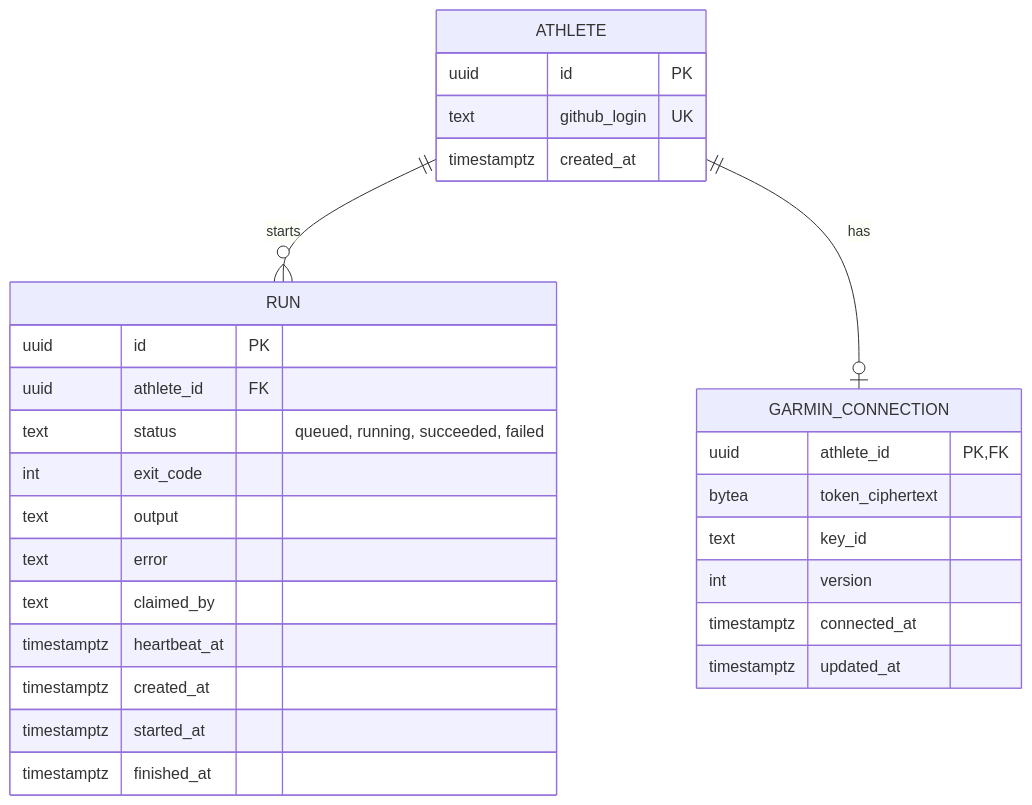
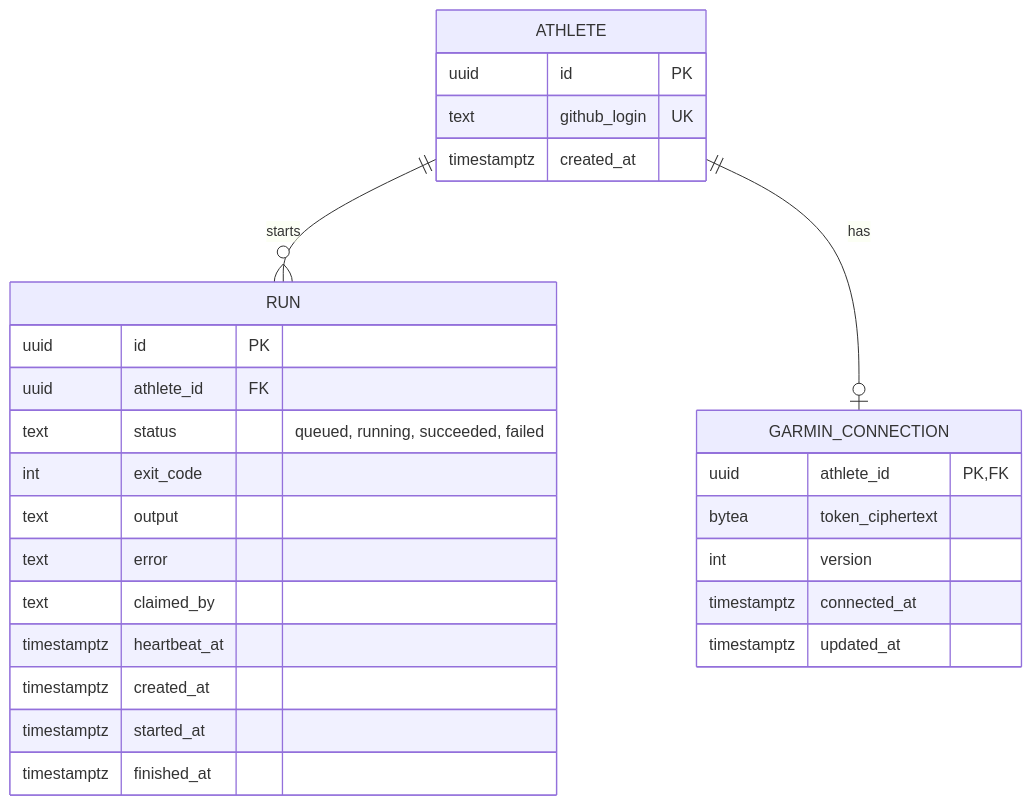
The sixth of 6 diagrams in PLAN.md (theadzik/repwise), drawn with Mermaid before and after one commit. The commit also changed other lines of this file and 1 other file, not shown here.

````diff
--- a/PLAN.md
+++ b/PLAN.md
@@ -349,32 +389,31 @@
 ```mermaid
 erDiagram
     ATHLETE ||--o{ RUN : starts
     ATHLETE ||--o| GARMIN_CONNECTION : has
 
     ATHLETE {
         uuid id PK
         text github_login UK
         timestamptz created_at
     }
     RUN {
         uuid id PK
         uuid athlete_id FK
         text status "queued, running, succeeded, failed"
         int exit_code
         text output
         text error
         text claimed_by
         timestamptz heartbeat_at
         timestamptz created_at
         timestamptz started_at
         timestamptz finished_at
     }
     GARMIN_CONNECTION {
         uuid athlete_id PK, FK
         bytea token_ciphertext
-        text key_id
         int version
         timestamptz connected_at
         timestamptz updated_at
     }
 ```
````
